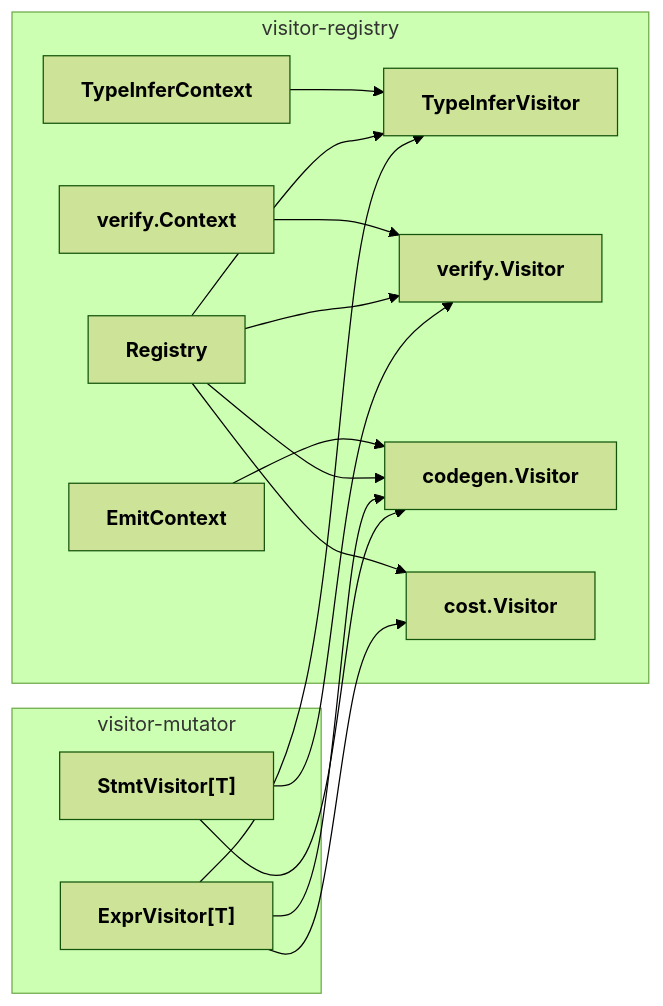
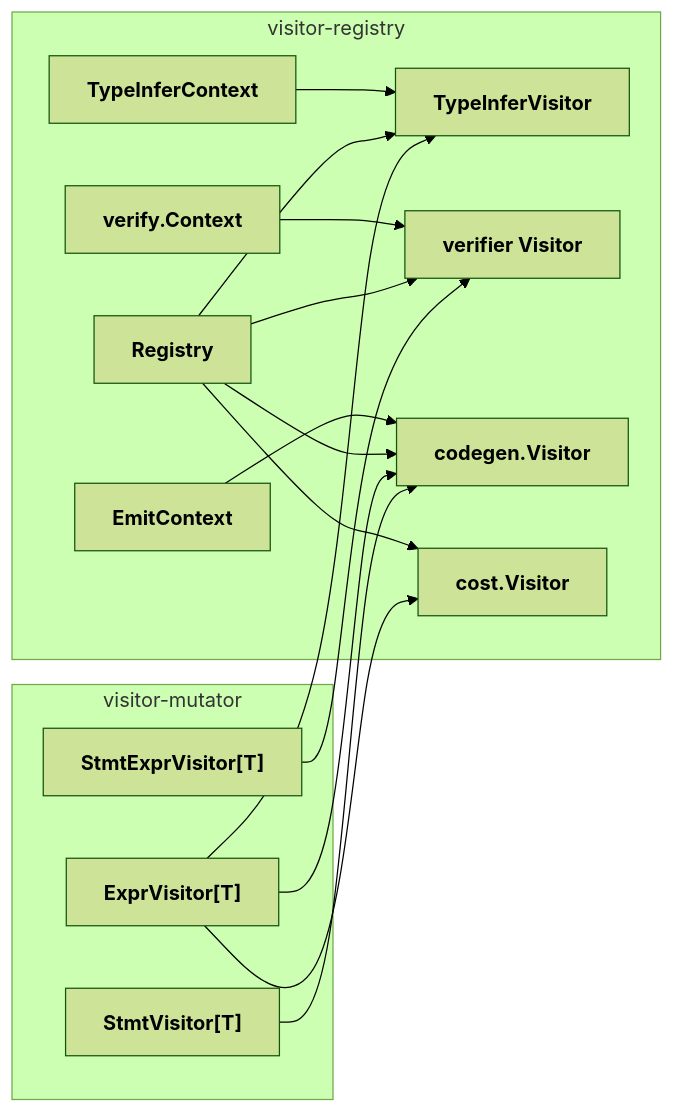
Before and after one commit to tile-ai/TileFoundry: the diagram in docs/spec/visitor-registry.md, drawn with Mermaid (forest theme). The commit also changed other lines of this file and 35 other files, not shown here.

````diff
--- a/docs/spec/visitor-registry.md
+++ b/docs/spec/visitor-registry.md
@@ -27,33 +27,34 @@
 ```mermaid
 flowchart LR
     subgraph framework["visitor-mutator"]
         ExprVis["<b>ExprVisitor[T]</b>"]
         StmtVis["<b>StmtVisitor[T]</b>"]
+        StmtExprVis["<b>StmtExprVisitor[T]</b>"]
     end
 
     subgraph registry["visitor-registry"]
         Reg["<b>Registry</b>"]
         TypeVis["<b>TypeInferVisitor</b>"]
-        VerifyVis["<b>verify.Visitor</b>"]
+        VerifyVis["<b>verifier Visitor</b>"]
         CodegenVis["<b>codegen.Visitor</b>"]
         CostVis["<b>cost.Visitor</b>"]
         TICtx["<b>TypeInferContext</b>"]
         VCtx["<b>verify.Context</b>"]
         CCtx["<b>EmitContext</b>"]
     end
 
     ExprVis --> TypeVis
-    StmtVis --> VerifyVis
+    StmtExprVis --> VerifyVis
     StmtVis --> CodegenVis
     ExprVis --> CodegenVis
     ExprVis --> CostVis
 
     Reg --> TypeVis
     Reg --> VerifyVis
     Reg --> CodegenVis
     Reg --> CostVis
 
     TICtx --> TypeVis
     VCtx --> VerifyVis
     CCtx --> CodegenVis
 ```
````
